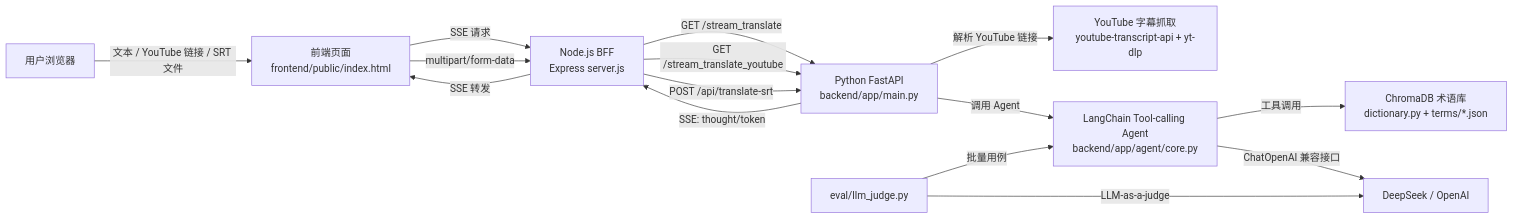
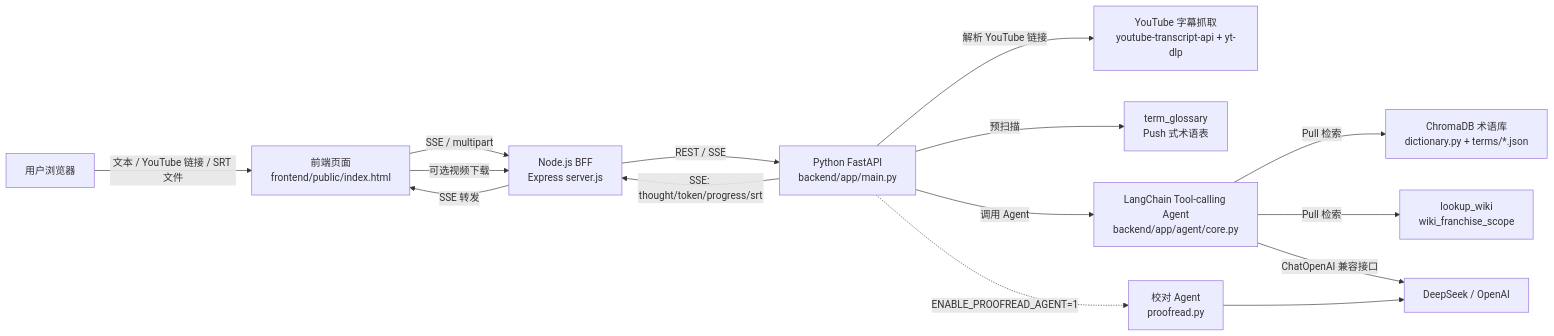
The first of 2 diagrams in docs/architecture.md (Lantano-17304/vertical-translator-agent), drawn with Mermaid before and after one commit. The commit also changed other lines of this file and 16 other files, not shown here.

First line of the commit message:
feat: add proofread agent, wiki franchise, and doc refresh

````diff
--- a/docs/architecture.md
+++ b/docs/architecture.md
@@ -7,21 +13,39 @@
 ```mermaid
+
 flowchart LR
+
     U[用户浏览器] -->|文本 / YouTube 链接 / SRT 文件| FE[前端页面<br/>frontend/public/index.html]
-    FE -->|SSE 请求| BFF[Node.js BFF<br/>Express server.js]
-    FE -->|multipart/form-data| BFF
 
-    BFF -->|GET /stream_translate| API[Python FastAPI<br/>backend/app/main.py]
-    BFF -->|GET /stream_translate_youtube| API
-    BFF -->|POST /api/translate-srt| API
+    FE -->|SSE / multipart| BFF[Node.js BFF<br/>Express server.js]
+
+    FE -->|可选视频下载| BFF
+
+
+
+    BFF -->|REST / SSE| API[Python FastAPI<br/>backend/app/main.py]
+
+
 
     API -->|解析 YouTube 链接| YT[YouTube 字幕抓取<br/>youtube-transcript-api + yt-dlp]
+
+    API -->|预扫描| GLOSS[term_glossary<br/>Push 式术语表]
+
     API -->|调用 Agent| AGENT[LangChain Tool-calling Agent<br/>backend/app/agent/core.py]
-    AGENT -->|工具调用| RAG[ChromaDB 术语库<br/>dictionary.py + terms/*.json]
+
+    AGENT -->|Pull 检索| RAG[ChromaDB 术语库<br/>dictionary.py + terms/*.json]
+
+    AGENT -->|Pull 检索| WIKI[lookup_wiki<br/>wiki_franchise_scope]
+
     AGENT -->|ChatOpenAI 兼容接口| LLM[DeepSeek / OpenAI]
 
-    API -->|SSE: thought/token| BFF
+    API -.->|ENABLE_PROOFREAD_AGENT=1| PROOF[校对 Agent<br/>proofread.py]
+
+    PROOF --> LLM
+
+
+
+    API -->|SSE: thought/token/progress/srt| BFF
+
     BFF -->|SSE 转发| FE
 
-    EVAL[eval/llm_judge.py] -->|批量用例| AGENT
-    EVAL -->|LLM-as-a-judge| LLM
 ```
````
